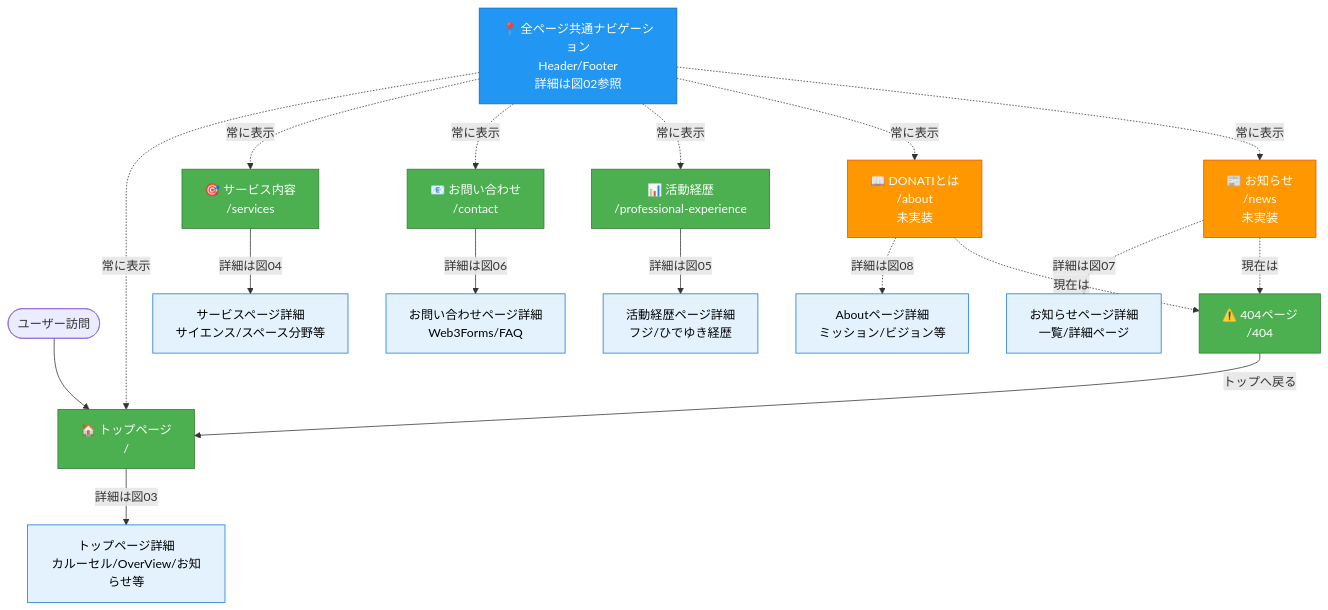
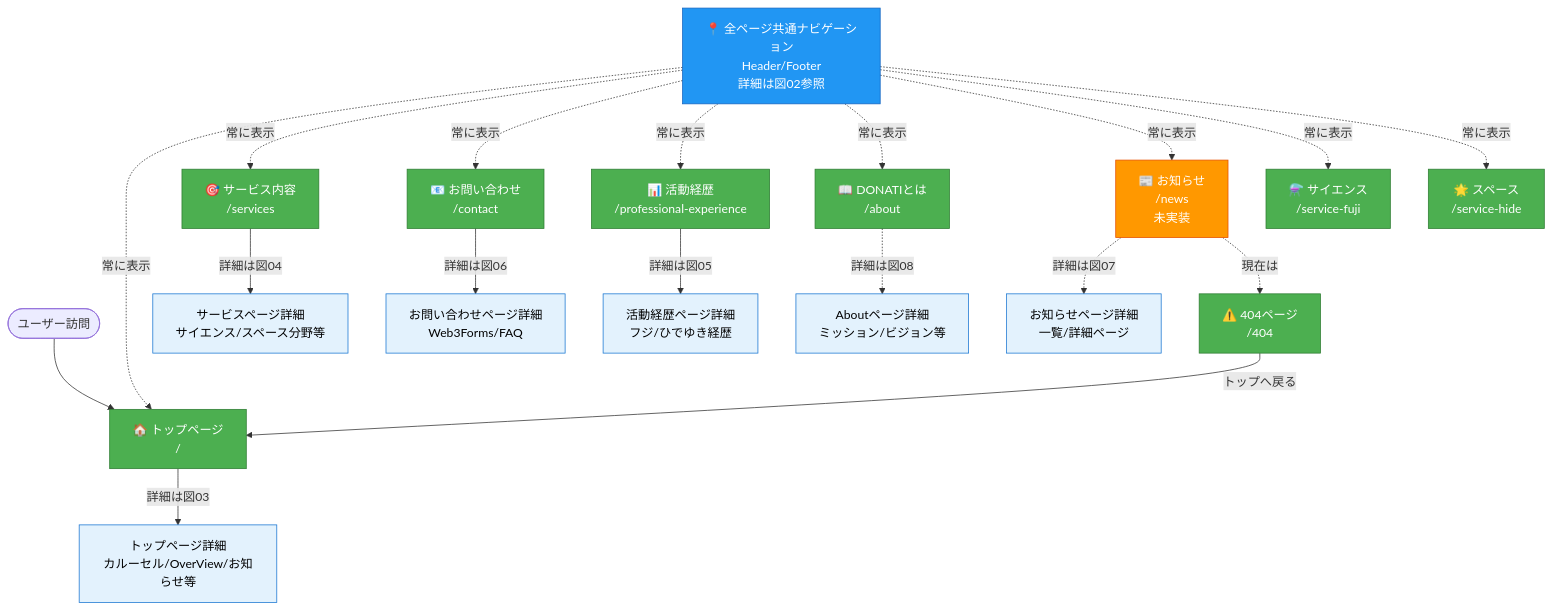
One commit to namdaama/donati changed the diagram in docs/04-workflow-collaboration/画面遷移図/00_サイト構造概要.md. Above: the diagram before and after it, drawn with Mermaid. The commit also changed other lines of this file and 2 other files, not shown here.

````diff
--- a/docs/04-workflow-collaboration/画面遷移図/00_サイト構造概要.md
+++ b/docs/04-workflow-collaboration/画面遷移図/00_サイト構造概要.md
@@ -7,40 +7,41 @@
 ```mermaid
 graph TD
     Start([ユーザー訪問]) --> Home[🏠 トップページ<br/>/]
 
     %% 共通ナビゲーション（全ページから常にアクセス可能）
     Nav[📍 全ページ共通ナビゲーション<br/>Header/Footer<br/>詳細は図02参照]
 
     Nav -.->|常に表示| Home
     Nav -.->|常に表示| Services[🎯 サービス内容<br/>/services]
     Nav -.->|常に表示| Contact[📧 お問い合わせ<br/>/contact]
     Nav -.->|常に表示| ProfExp[📊 活動経歴<br/>/professional-experience]
-    Nav -.->|常に表示| About[📖 DONATIとは<br/>/about<br/>未実装]
+    Nav -.->|常に表示| About[📖 DONATIとは<br/>/about]
     Nav -.->|常に表示| News[📰 お知らせ<br/>/news<br/>未実装]
+    Nav -.->|常に表示| ServiceFuji[⚗️ サイエンス<br/>/service-fuji]
+    Nav -.->|常に表示| ServiceHide[🌟 スペース<br/>/service-hide]
 
     %% 各ページの詳細へのリンク
     Home -->|詳細は図03| HomeDetail[トップページ詳細<br/>カルーセル/OverView/お知らせ等]
     Services -->|詳細は図04| ServicesDetail[サービスページ詳細<br/>サイエンス/スペース分野等]
     ProfExp -->|詳細は図05| ProfExpDetail[活動経歴ページ詳細<br/>フジ/ひでゆき経歴]
     Contact -->|詳細は図06| ContactDetail[お問い合わせページ詳細<br/>Web3Forms/FAQ]
     News -.->|詳細は図07| NewsDetail[お知らせページ詳細<br/>一覧/詳細ページ]
     About -.->|詳細は図08| AboutDetail[Aboutページ詳細<br/>ミッション/ビジョン等]
 
     %% 404ページ
     NotFound[⚠️ 404ページ<br/>/404] -->|トップへ戻る| Home
 
     %% 未実装ページの挙動
-    About -.->|現在は| NotFound
     News -.->|現在は| NotFound
 
     %% スタイル定義
     classDef implemented fill:#4CAF50,stroke:#2E7D32,color:#fff
     classDef notImplemented fill:#FF9800,stroke:#E65100,color:#fff
     classDef common fill:#2196F3,stroke:#1565C0,color:#fff
     classDef detail fill:#E3F2FD,stroke:#1976D2,color:#000
 
-    class Home,Services,Contact,ProfExp,NotFound implemented
-    class About,News notImplemented
+    class Home,Services,Contact,ProfExp,About,ServiceFuji,ServiceHide,NotFound implemented
+    class News notImplemented
     class Nav common
     class HomeDetail,ServicesDetail,ProfExpDetail,ContactDetail,NewsDetail,AboutDetail detail
 ```
````
